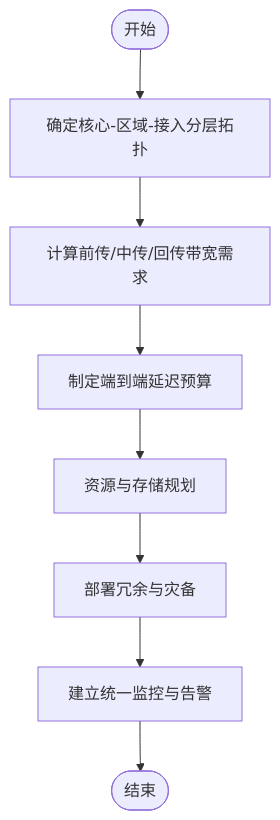
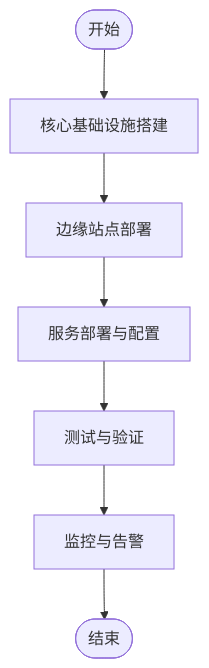
Before and after one commit to allengaller/oran-database: the third of 7 diagrams in .qoder/repowiki/zh/content/部署与实施/部署架构设计/部署架构设计.md, drawn with Mermaid. The commit also changed other lines of this file and 32 other files, not shown here.

````diff
--- a/.qoder/repowiki/zh/content/部署与实施/部署架构设计/部署架构设计.md
+++ b/.qoder/repowiki/zh/content/部署与实施/部署架构设计/部署架构设计.md
@@ -123,10 +140,9 @@
 ```mermaid
 flowchart TD
-Start(["开始"]) --> Topo["确定核心-区域-接入分层拓扑"]
-Topo --> BW["计算前传/中传/回传带宽需求"]
-BW --> Latency["制定端到端延迟预算"]
-Latency --> Res["资源与存储规划"]
-Res --> Redundancy["部署冗余与灾备"]
-Redundancy --> Monitor["建立统一监控与告警"]
+Start(["开始"]) --> Core["核心基础设施搭建"]
+Core --> Edge["边缘站点部署"]
+Edge --> Service["服务部署与配置"]
+Service --> Test["测试与验证"]
+Test --> Monitor["监控与告警"]
 Monitor --> End(["结束"])
 ```
````
